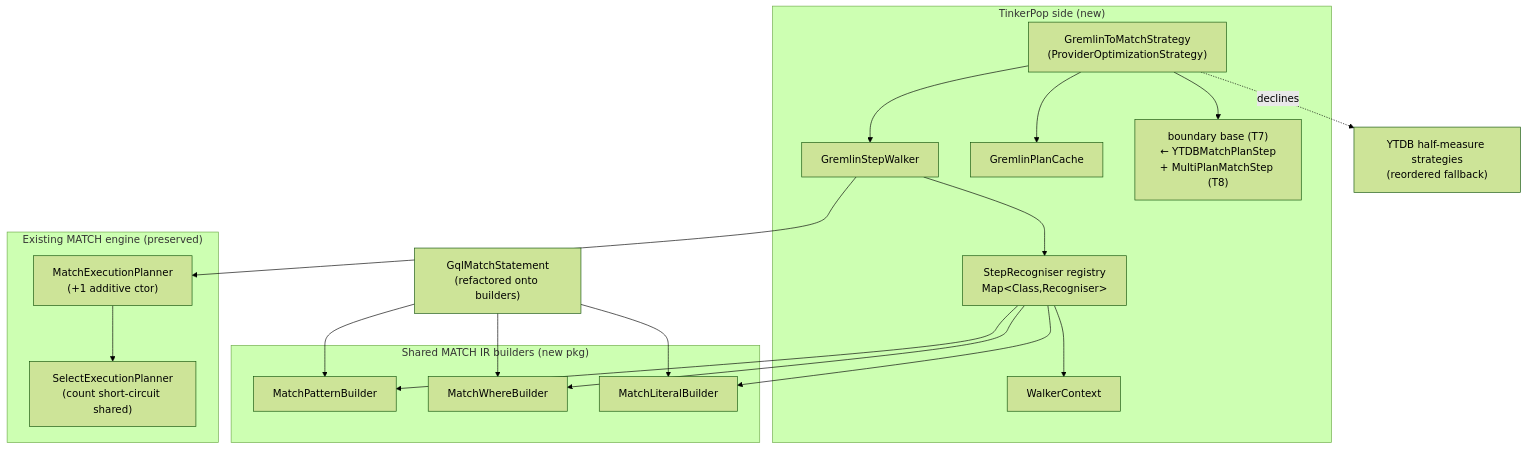
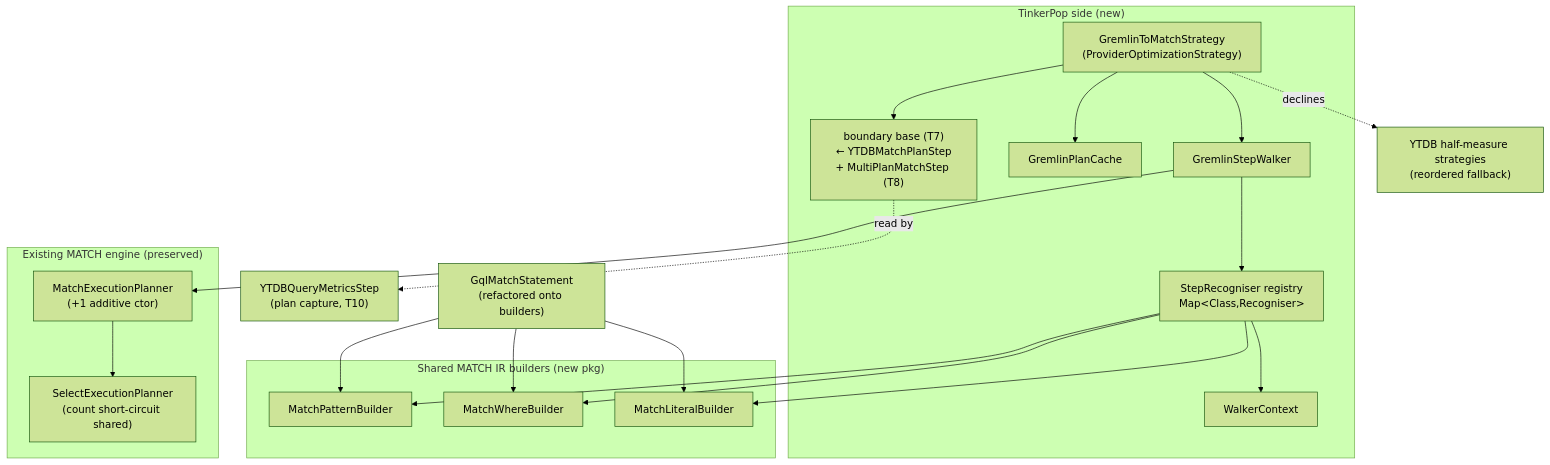
One commit to JetBrains/youtrackdb changed the diagram in docs/adr/gremlin-to-match-translator-design/_workflow/implementation-plan.md. Above: the diagram before and after it, drawn with Mermaid (forest theme). The commit also changed other lines of this file and 8 other files, not shown here.

````diff
--- a/docs/adr/gremlin-to-match-translator-design/_workflow/implementation-plan.md
+++ b/docs/adr/gremlin-to-match-translator-design/_workflow/implementation-plan.md
@@ -64,31 +64,33 @@
 ```mermaid
 flowchart TB
     subgraph TPside["TinkerPop side (new)"]
         Strat["GremlinToMatchStrategy\n(ProviderOptimizationStrategy)"]
         Walker["GremlinStepWalker"]
         Reg["StepRecogniser registry\nMap&lt;Class,Recogniser&gt;"]
         Ctx["WalkerContext"]
         Cache["GremlinPlanCache"]
         Boundary["boundary base (T7)\n← YTDBMatchPlanStep\n+ MultiPlanMatchStep (T8)"]
     end
     subgraph Builders["Shared MATCH IR builders (new pkg)"]
         PB["MatchPatternBuilder"]
         WB["MatchWhereBuilder"]
         LB["MatchLiteralBuilder"]
     end
     subgraph Engine["Existing MATCH engine (preserved)"]
         MEP["MatchExecutionPlanner\n(+1 additive ctor)"]
         SEP["SelectExecutionPlanner\n(count short-circuit shared)"]
     end
     Half["YTDB half-measure strategies\n(reordered fallback)"]
     GQL["GqlMatchStatement\n(refactored onto builders)"]
+    Metrics["YTDBQueryMetricsStep\n(plan capture, T10)"]
 
     Strat --> Walker --> Reg --> Ctx
     Strat --> Cache
     Reg --> PB & WB & LB
     Walker --> MEP
     MEP --> SEP
     Strat --> Boundary
     Strat -. declines .-> Half
     GQL --> PB & WB & LB
+    Boundary -. read by .-> Metrics
 ```
````
